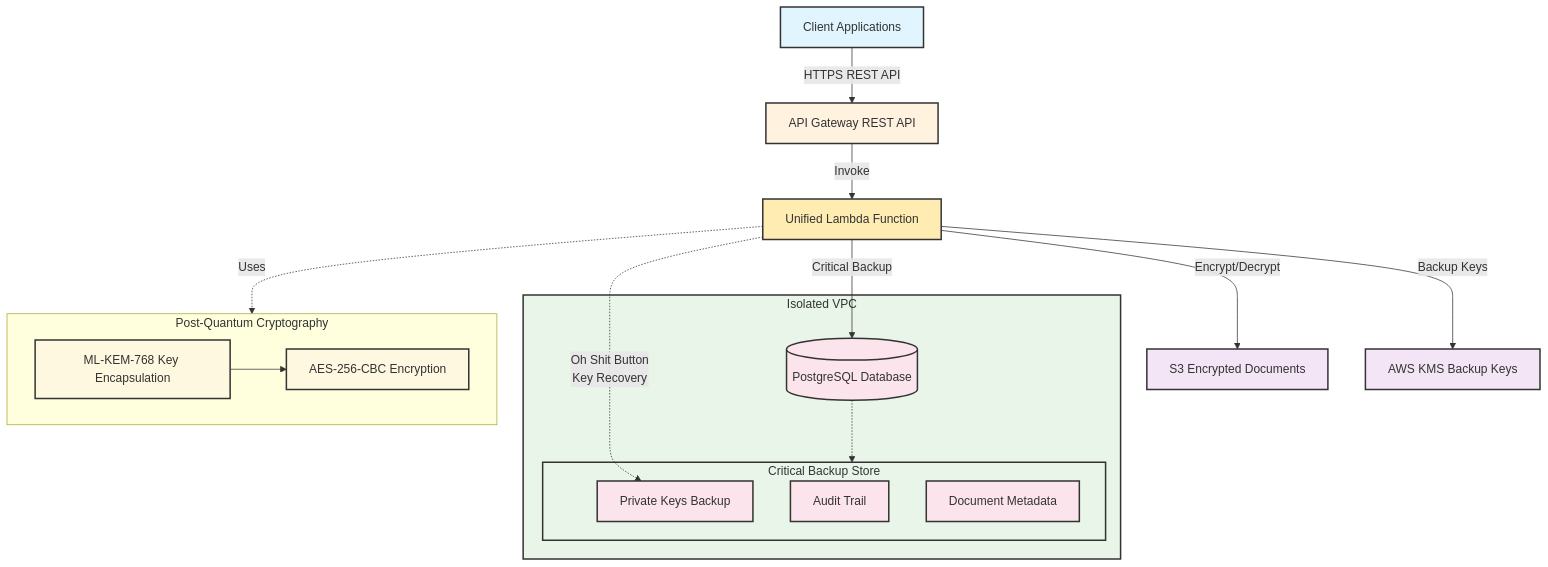
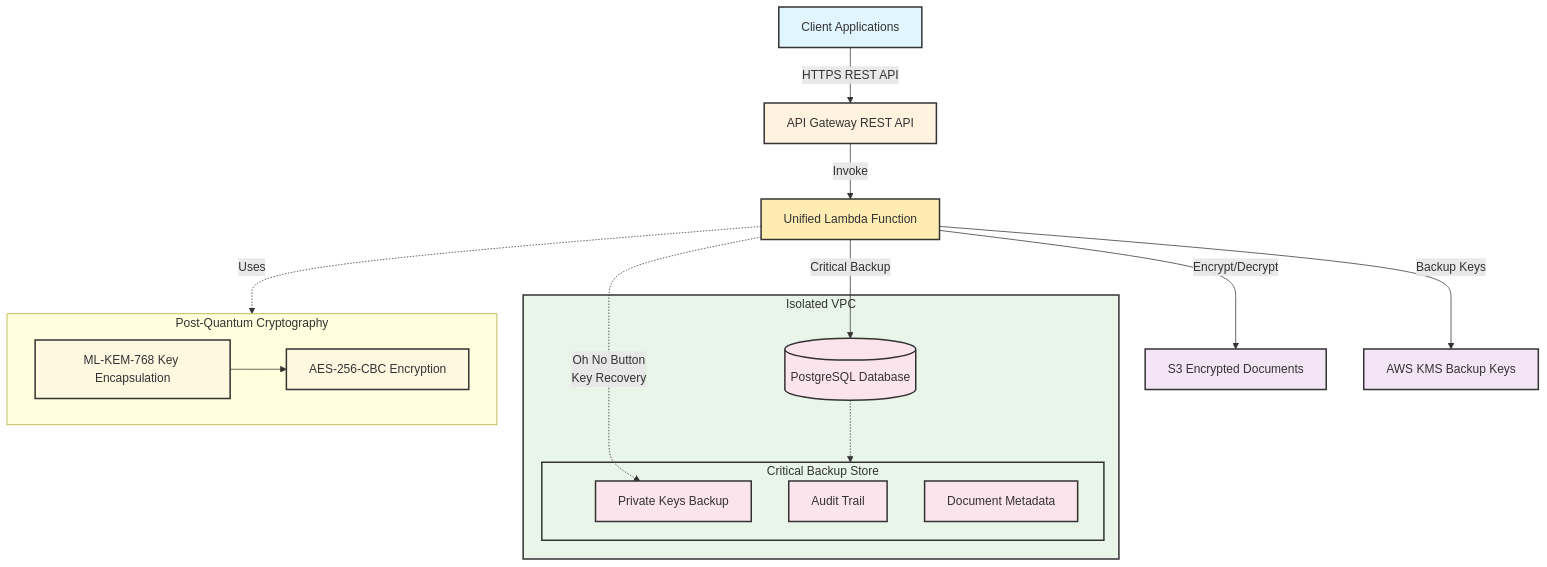
The diagram in architecture.mmd (m1rl0k/pqfile), drawn with Mermaid before and after one commit.

```diff
--- a/architecture.mmd
+++ b/architecture.mmd
@@ -1,62 +1,62 @@
 graph TB
     %% Define node styles
     classDef userClass fill:#e1f5fe,stroke:#333,stroke-width:2px
     classDef apiClass fill:#fff3e0,stroke:#333,stroke-width:2px
     classDef lambdaClass fill:#ffecb3,stroke:#333,stroke-width:2px
     classDef storageClass fill:#f3e5f5,stroke:#333,stroke-width:2px
     classDef dbClass fill:#fce4ec,stroke:#333,stroke-width:2px
     classDef algorithmClass fill:#fff8e1,stroke:#333,stroke-width:2px
     classDef vpcClass fill:#e8f5e8,stroke:#333,stroke-width:2px
 
     %% External Components
     User[Client Applications]
 
     %% API Layer
     API[API Gateway REST API]
 
     %% Core Processing
     Lambda[Unified Lambda Function]
 
     %% Storage Layer
     S3[S3 Encrypted Documents]
     KMS[AWS KMS Backup Keys]
 
     %% Isolated Database (The "Oh Shit Button")
     subgraph VPC [Isolated VPC]
         DB[(PostgreSQL Database)]
         subgraph DBTables [Critical Backup Store]
             Keys[Private Keys Backup]
             Logs[Audit Trail]
             Metadata[Document Metadata]
         end
     end
 
     %% Crypto Implementation
     subgraph Crypto [Post-Quantum Cryptography]
         Kyber[ML-KEM-768 Key Encapsulation]
         AES[AES-256-CBC Encryption]
         Kyber --> AES
     end
 
     %% Main Flow
     User -->|HTTPS REST API| API
     API -->|Invoke| Lambda
     Lambda -->|Encrypt/Decrypt| S3
     Lambda -->|Backup Keys| KMS
     Lambda -->|Critical Backup| DB
     Lambda -.->|Uses| Crypto
 
     %% Database Relations
     DB -.-> DBTables
 
     %% Disaster Recovery Flow
-    Lambda -.->|"Oh Shit Button"<br/>Key Recovery| Keys
+    Lambda -.->|"Oh No Button"<br/>Key Recovery| Keys
 
     %% Apply styles
     class User userClass
     class API apiClass
     class Lambda lambdaClass
     class S3,KMS storageClass
     class DB,Keys,Logs,Metadata dbClass
     class Kyber,AES algorithmClass
     class VPC,DBTables vpcClass
```
